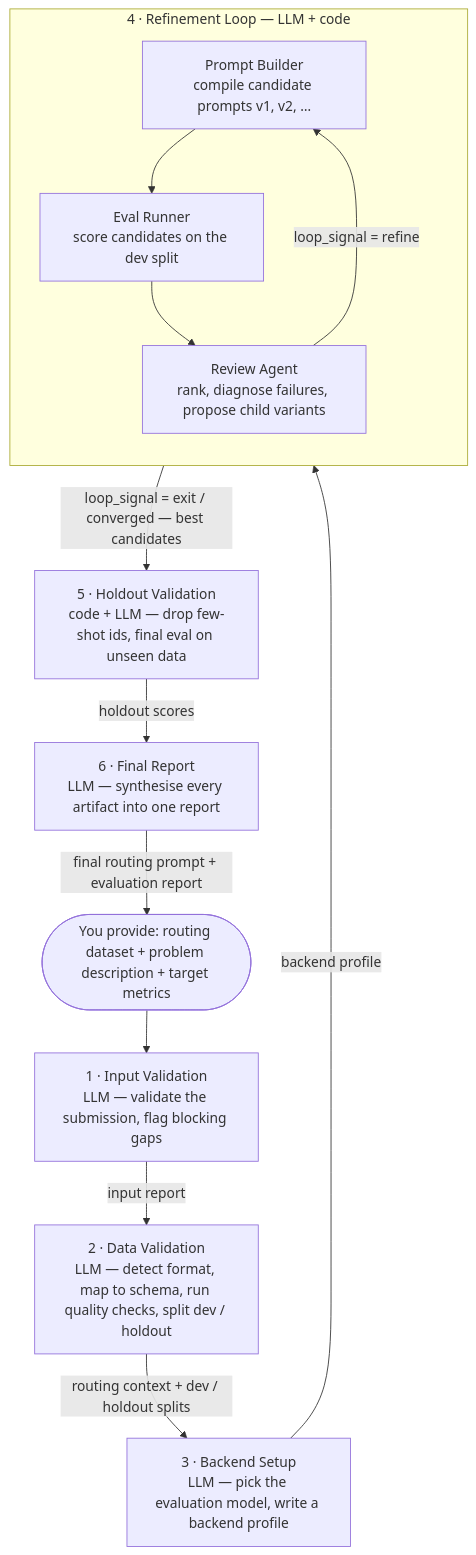
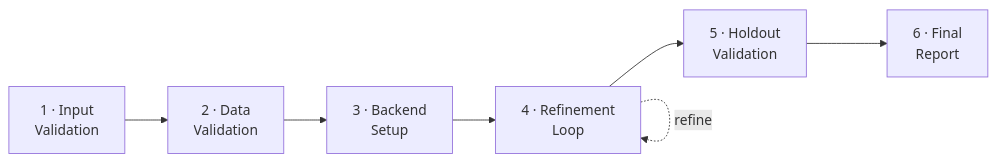
The first of 2 diagrams in README.md (ProsusAI/Compass), drawn with Mermaid before and after one commit.

Commit message:
docs: simplify pipeline flowchart to a plain stage flow
Replace the text-heavy per-node flowchart with a simple left-to-right
1→6 stage flow plus a dashed self-loop on stage 4; move the per-stage
detail into two short lines of prose.

````diff
--- a/README.md
+++ b/README.md
@@ -17,22 +17,5 @@
 ```mermaid
-flowchart TD
-    U(["You provide: routing dataset + problem description + target metrics"])
-
-    U --> S1["1 · Input Validation<br/>LLM — validate the submission, flag blocking gaps"]
-    S1 -->|"input report"| S2["2 · Data Validation<br/>LLM — detect format, map to schema, run quality checks, split dev / holdout"]
-    S2 -->|"routing context + dev / holdout splits"| S3["3 · Backend Setup<br/>LLM — pick the evaluation model, write a backend profile"]
-    S3 -->|backend profile| S4
-
-    subgraph S4 ["4 · Refinement Loop — LLM + code"]
-        direction TB
-        PB["Prompt Builder<br/>compile candidate prompts v1, v2, …"]
-        ER["Eval Runner<br/>score candidates on the dev split"]
-        RA["Review Agent<br/>rank, diagnose failures, propose child variants"]
-        PB --> ER --> RA
-        RA -->|"loop_signal = refine"| PB
-    end
-
-    S4 -->|"loop_signal = exit / converged — best candidates"| S5["5 · Holdout Validation<br/>code + LLM — drop few-shot ids, final eval on unseen data"]
-    S5 -->|"holdout scores"| S6["6 · Final Report<br/>LLM — synthesise every artifact into one report"]
-    S6 -->|"final routing prompt + evaluation report"| U
+flowchart LR
+    S1["1 · Input<br/>Validation"] --> S2["2 · Data<br/>Validation"] --> S3["3 · Backend<br/>Setup"] --> S4["4 · Refinement<br/>Loop"] --> S5["5 · Holdout<br/>Validation"] --> S6["6 · Final<br/>Report"]
+    S4 -. refine .-> S4
 ```
````
